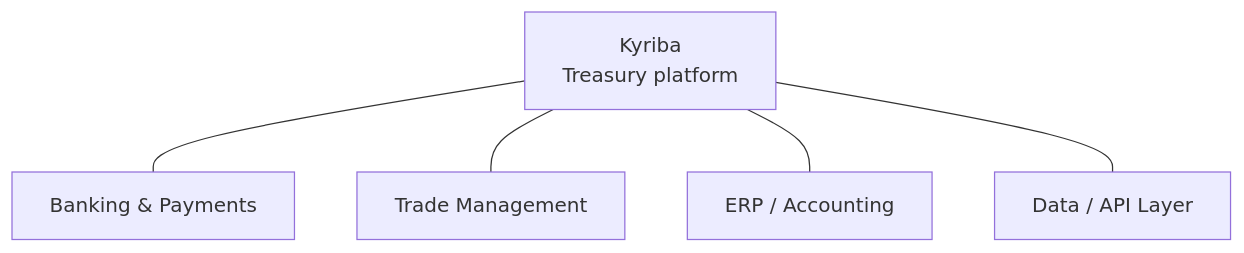
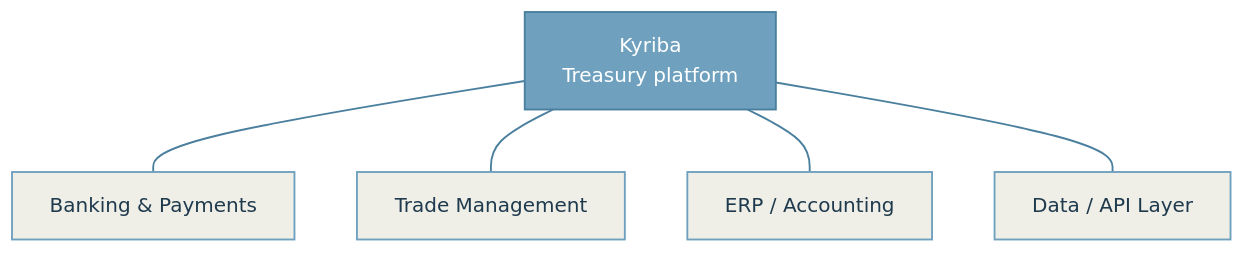
One commit to sgarciapuga/Work_Portfolio changed the fourth of 5 diagrams in kyriba-transformation/report.qmd. Above: the diagram before and after it, drawn with Mermaid. The commit also changed other lines of this file and 12 other files, not shown here.

Commit message:
updated mermaid theme colours

````diff
--- a/kyriba-transformation/report.qmd
+++ b/kyriba-transformation/report.qmd
@@ -172,10 +188,16 @@
 ```{mermaid}
 %%| fig-cap: "Conceptual integration landscape based on the source presentation."
 %%| fig-alt: "Kyriba is shown at the centre of four connected domains: Banking and Payments, Trade Management, ERP and Accounting, and the Data and API Layer."
 flowchart TB
     K[Kyriba<br/>Treasury platform]
     K --- BP[Banking & Payments]
     K --- TM[Trade Management]
     K --- EA[ERP / Accounting]
     K --- DA[Data / API Layer]
+
+    classDef ext fill:#EFEFE8,stroke:#6FA1BF,stroke-width:1.5px,color:#1F3A4D
+    classDef store fill:#6FA1BF,stroke:#4A7F9E,stroke-width:1.5px,color:#FFFFFF
+    class K store
+    class BP,TM,EA,DA ext
+    linkStyle default stroke:#4A7F9E,stroke-width:1.5px
 ```
````
